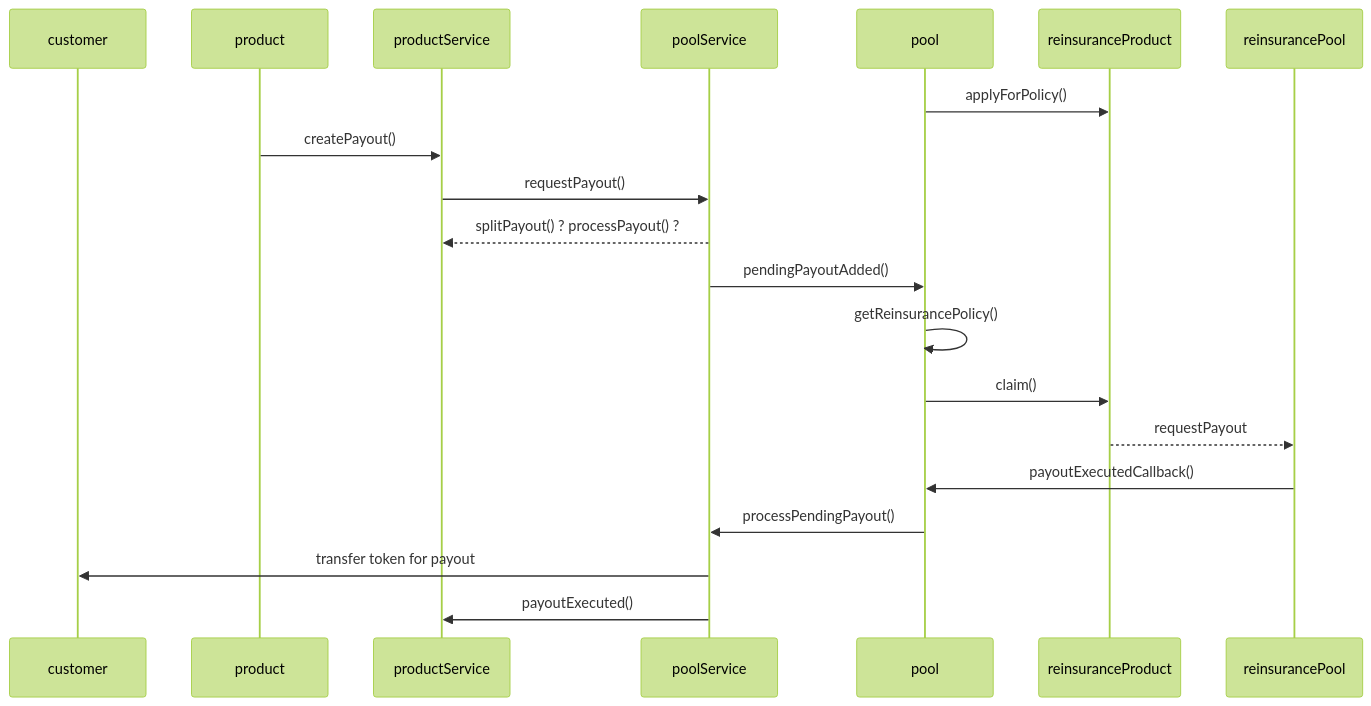
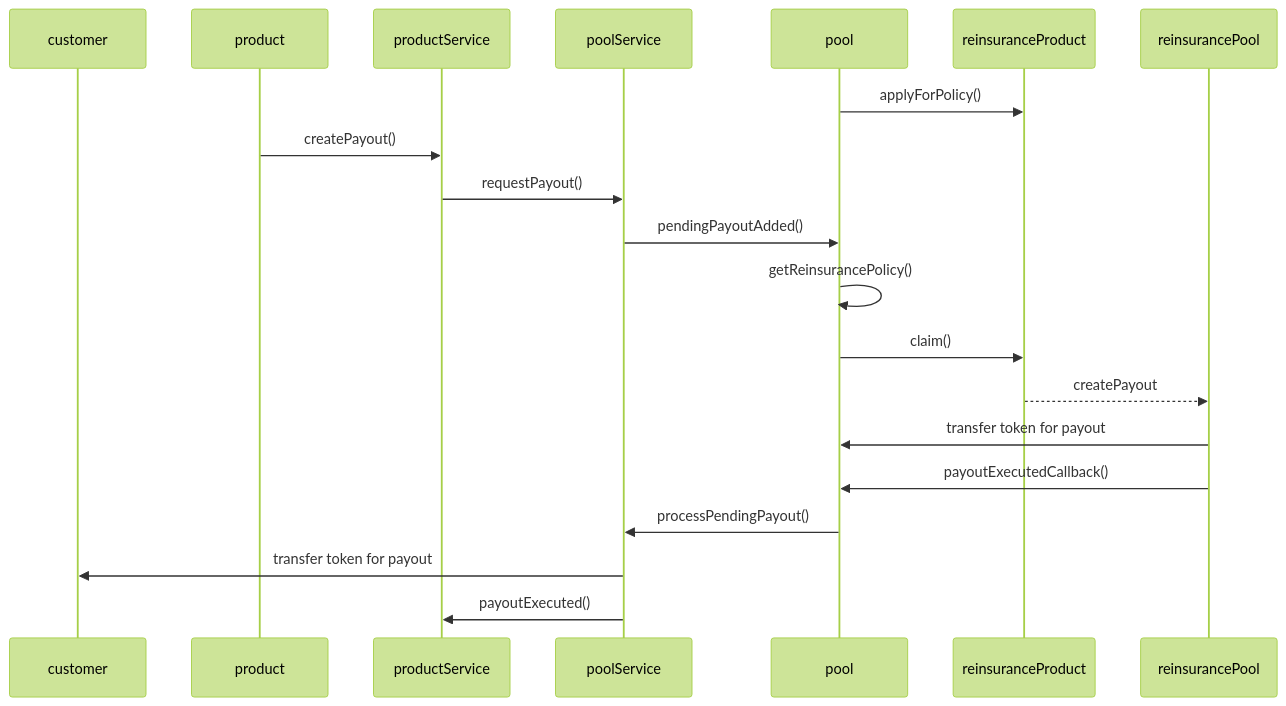
The third of 3 diagrams in README.md (etherisc/gif-next), drawn with Mermaid (forest theme) before and after one commit. The commit also changed other lines of this file and 1 other file, not shown here.

Commit message:
refine payout handling sequence diagrams in readme

````diff
--- a/README.md
+++ b/README.md
@@ -435,20 +438,20 @@
 ```mermaid
 sequenceDiagram
   participant customer
   participant product
   participant productService
   participant poolService
   participant pool
   pool ->> reinsuranceProduct: applyForPolicy()
   product->>productService: createPayout()
   productService ->> poolService: requestPayout()
-  poolService -->> productService: splitPayout() ? processPayout() ?
   poolService ->> pool: pendingPayoutAdded()
   pool ->> pool: getReinsurancePolicy()
   pool ->> reinsuranceProduct: claim()
-  reinsuranceProduct -->> reinsurancePool: requestPayout
+  reinsuranceProduct -->> reinsurancePool: createPayout
+  reinsurancePool ->> pool: transfer token for payout
   reinsurancePool ->> pool: payoutExecutedCallback()
   pool ->> poolService: processPendingPayout()
   poolService ->> customer: transfer token for payout
   poolService ->> productService: payoutExecuted()
 ```
````
